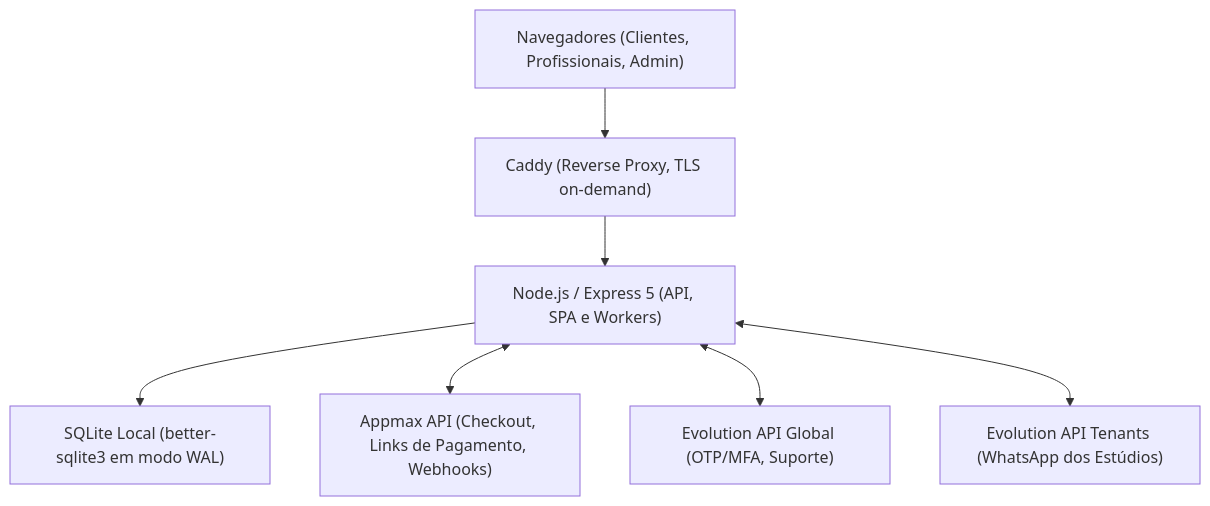
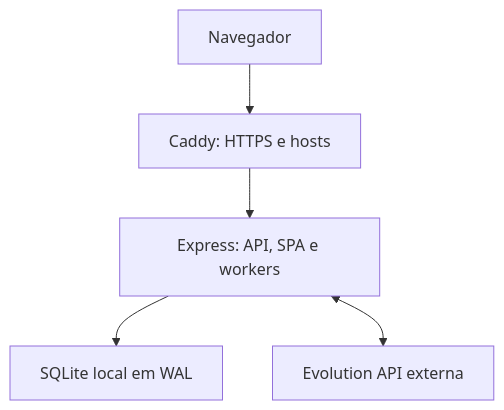
One commit to Pdroinho/lash-designer changed the diagram in ARCHITECTURE.md. Above: the diagram before and after it, drawn with Mermaid. The commit also changed other lines of this file and 76 other files, not shown here.

````diff
--- a/ARCHITECTURE.md
+++ b/ARCHITECTURE.md
@@ -7,9 +7,7 @@
 ```mermaid
 flowchart TB
-  Browser["Navegadores (Clientes, Profissionais, Admin)"] --> Caddy["Caddy (Reverse Proxy, TLS on-demand)"]
-  Caddy --> App["Node.js / Express 5 (API, SPA e Workers)"]
-  App --> DB["SQLite Local (better-sqlite3 em modo WAL)"]
-  App <--> Appmax["Appmax API (Checkout, Links de Pagamento, Webhooks)"]
-  App <--> EvoGlobal["Evolution API Global (OTP/MFA, Suporte)"]
-  App <--> EvoTenants["Evolution API Tenants (WhatsApp dos Estúdios)"]
+  Browser["Navegador"] --> Caddy["Caddy: HTTPS e hosts"]
+  Caddy --> App["Express: API, SPA e workers"]
+  App --> DB["SQLite local em WAL"]
+  App <--> WA["Evolution API externa"]
 ```
````
